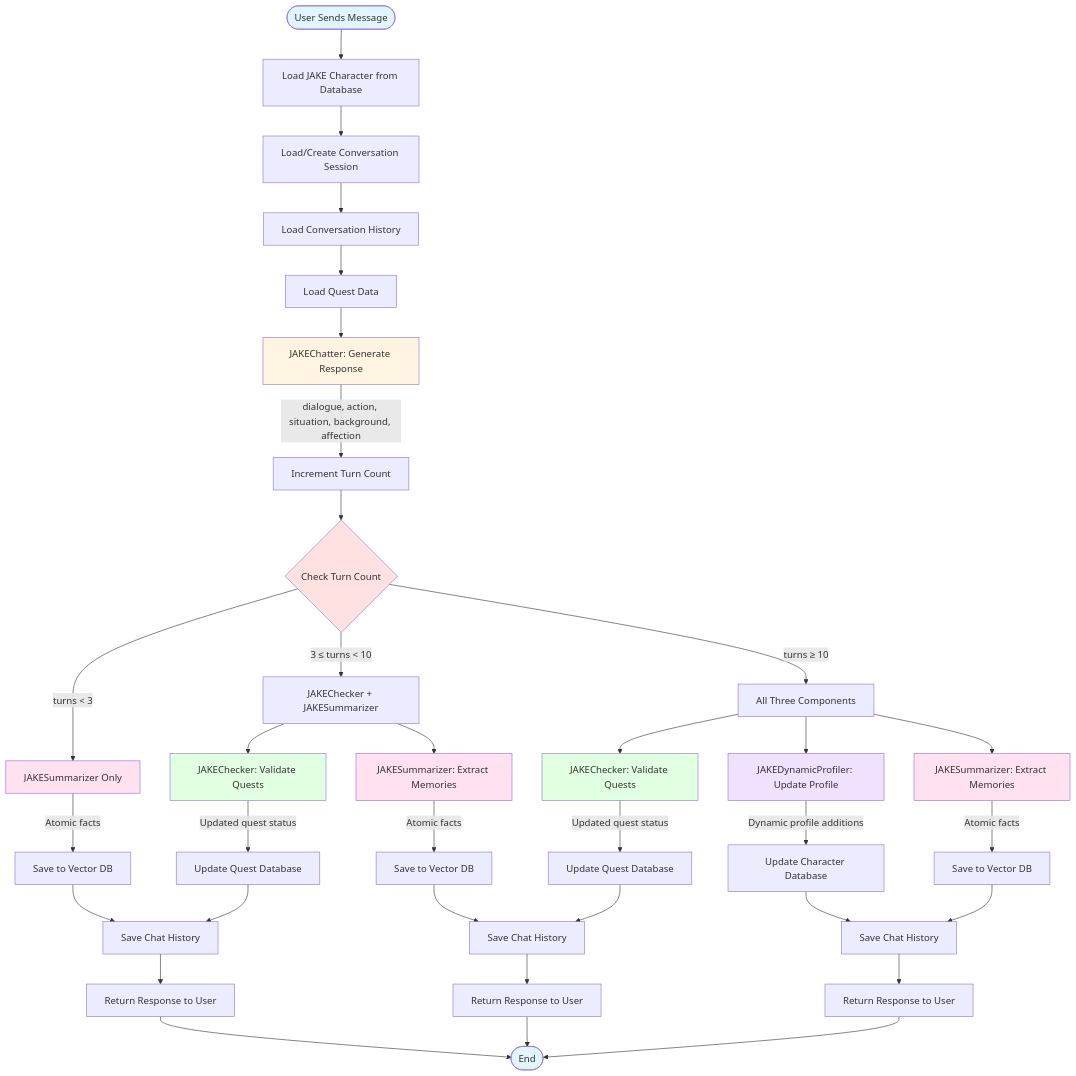
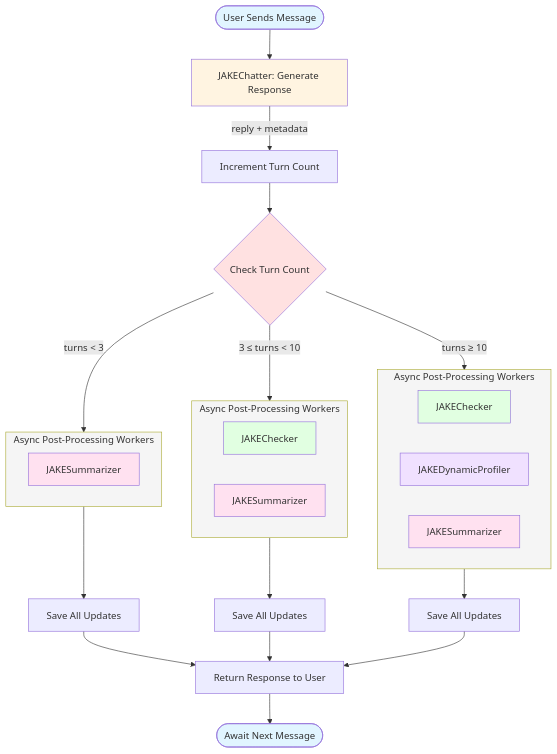
The second of 3 diagrams in documentation/CHATTING_FLOW.md (dabsdamoon/project-jake), drawn with Mermaid before and after one commit. The commit also changed other lines of this file, not shown here.

Commit message:
update chatting flow

````diff
--- a/documentation/CHATTING_FLOW.md
+++ b/documentation/CHATTING_FLOW.md
@@ -5,58 +31,50 @@
 ```mermaid
 graph TD
-    Start([User Sends Message]) --> LoadChar[Load JAKE Character from Database]
-    LoadChar --> LoadSession[Load/Create Conversation Session]
-    LoadSession --> LoadHistory[Load Conversation History]
-    LoadHistory --> LoadQuests[Load Quest Data]
-
-    LoadQuests --> Chat[JAKEChatter: Generate Response]
-    Chat --> |dialogue, action, situation, background, affection| UpdateTurn[Increment Turn Count]
+    Start([User Sends Message]) --> Chat[JAKEChatter: Generate Response]
+    Chat --> |reply + metadata| UpdateTurn[Increment Turn Count]
 
     UpdateTurn --> CheckTurn{Check Turn Count}
 
-    CheckTurn --> |turns < 3| Summarize1[JAKESummarizer Only]
-    CheckTurn --> |3 ≤ turns < 10| Branch2[JAKEChecker + JAKESummarizer]
-    CheckTurn --> |turns ≥ 10| Branch3[All Three Components]
+    CheckTurn --> |turns < 3| PostProcess1
+    CheckTurn --> |3 ≤ turns < 10| PostProcess2
+    CheckTurn --> |turns ≥ 10| PostProcess3
 
-    Branch2 --> Checker1[JAKEChecker: Validate Quests]
-    Branch2 --> Summarize2[JAKESummarizer: Extract Memories]
+    subgraph PostProcess1 [Async Post-Processing Workers]
+        Summarize1[JAKESummarizer]
+    end
 
-    Branch3 --> Checker2[JAKEChecker: Validate Quests]
-    Branch3 --> Profiler[JAKEDynamicProfiler: Update Profile]
-    Branch3 --> Summarize3[JAKESummarizer: Extract Memories]
+    subgraph PostProcess2 [Async Post-Processing Workers]
+        Checker1[JAKEChecker]
+        Summarize2[JAKESummarizer]
+    end
 
-    Checker1 --> |Updated quest status| SaveQuests1[Update Quest Database]
-    Checker2 --> |Updated quest status| SaveQuests2[Update Quest Database]
+    subgraph PostProcess3 [Async Post-Processing Workers]
+        Checker2[JAKEChecker]
+        Profiler[JAKEDynamicProfiler]
+        Summarize3[JAKESummarizer]
+    end
 
-    Profiler --> |Dynamic profile additions| UpdateChar[Update Character Database]
+    PostProcess1 --> Save1[Save All Updates]
+    PostProcess2 --> Save2[Save All Updates]
+    PostProcess3 --> Save3[Save All Updates]
 
-    Summarize1 --> |Atomic facts| SaveMemory1[Save to Vector DB]
-    Summarize2 --> |Atomic facts| SaveMemory2[Save to Vector DB]
-    Summarize3 --> |Atomic facts| SaveMemory3[Save to Vector DB]
+    Save1 --> Return[Return Response to User]
+    Save2 --> Return
+    Save3 --> Return
 
-    SaveQuests1 --> SaveHistory1[Save Chat History]
-    SaveQuests2 --> SaveHistory2[Save Chat History]
-    UpdateChar --> SaveHistory3[Save Chat History]
-    SaveMemory1 --> SaveHistory1
-    SaveMemory2 --> SaveHistory2
-    SaveMemory3 --> SaveHistory3
-
-    SaveHistory1 --> Return1[Return Response to User]
-    SaveHistory2 --> Return2[Return Response to User]
-    SaveHistory3 --> Return3[Return Response to User]
-
-    Return1 --> End([End])
-    Return2 --> End
-    Return3 --> End
+    Return --> End([Await Next Message])
 
     style Start fill:#e1f5ff
     style End fill:#e1f5ff
     style Chat fill:#fff4e1
     style CheckTurn fill:#ffe1e1
     style Checker1 fill:#e1ffe1
     style Checker2 fill:#e1ffe1
     style Profiler fill:#f0e1ff
     style Summarize1 fill:#ffe1f0
     style Summarize2 fill:#ffe1f0
     style Summarize3 fill:#ffe1f0
+    style PostProcess1 fill:#f5f5f5
+    style PostProcess2 fill:#f5f5f5
+    style PostProcess3 fill:#f5f5f5
 ```
````
